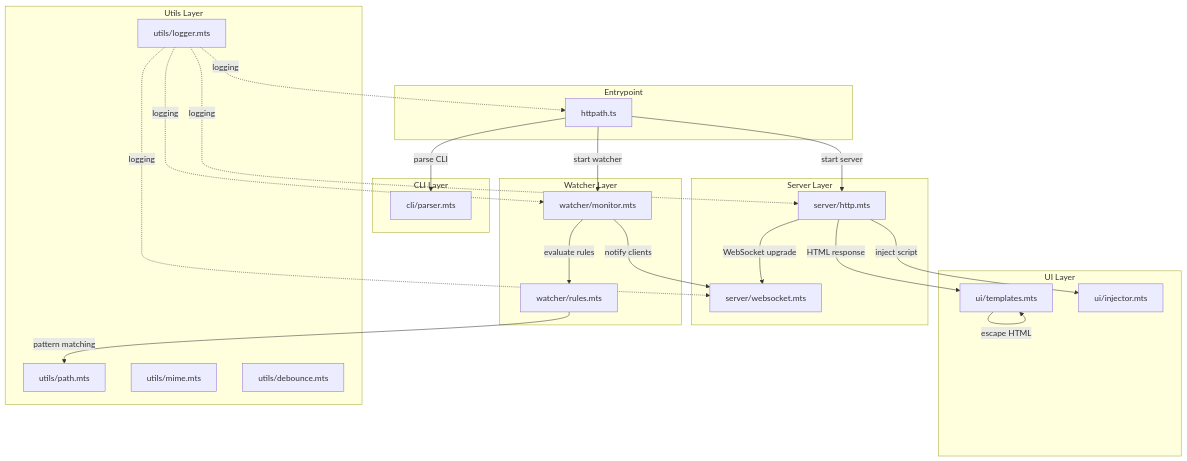
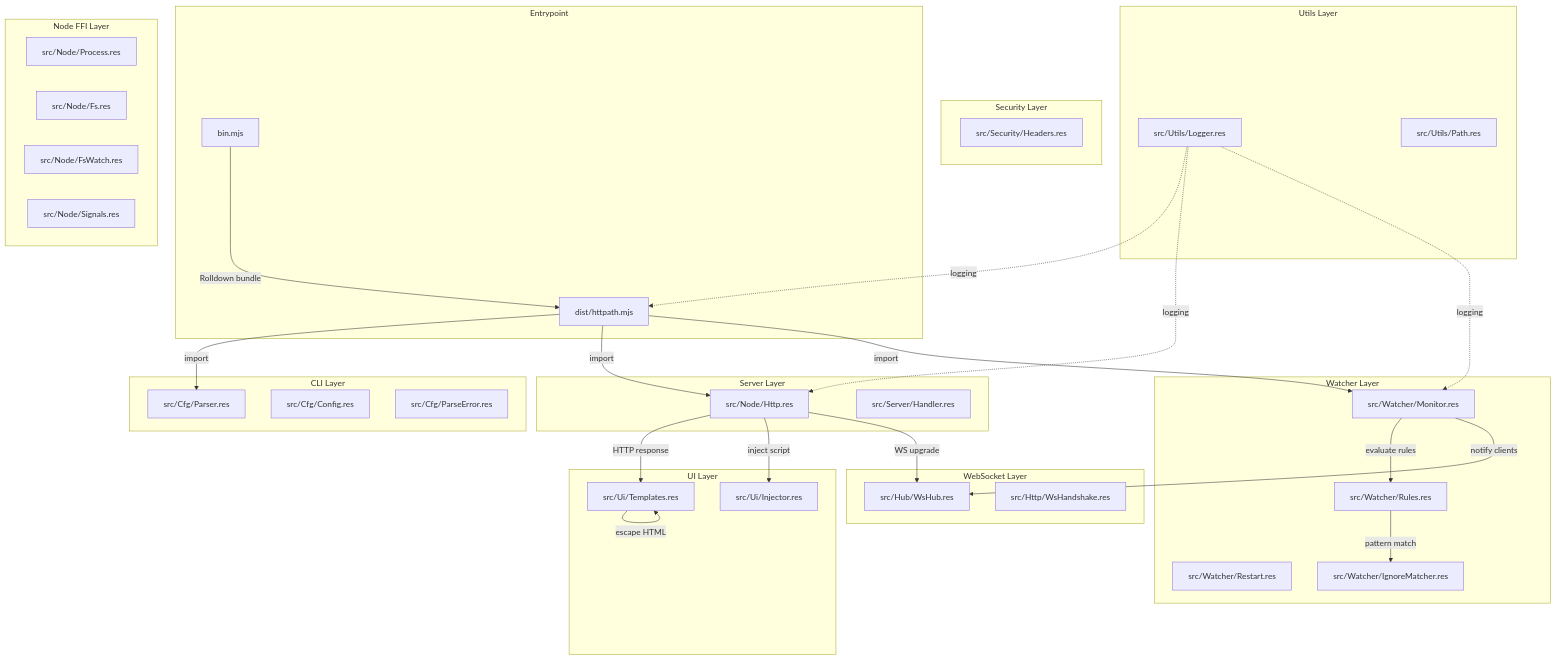
Before and after one commit to MetalbolicX/httpath: the first of 7 diagrams in docs/architecture.md, drawn with Mermaid. The commit also changed other lines of this file and 9 other files, not shown here.

First line of the commit message:
feat(build): add Rolldown bundle for Node/npx distribution

````diff
--- a/docs/architecture.md
+++ b/docs/architecture.md
@@ -16,47 +16,64 @@
 ```mermaid
 graph TB
     subgraph "Entrypoint"
-        A[httpath.ts]
+        A[bin.mjs] -->|Rolldown bundle| B[dist/httpath.mjs]
     end
 
     subgraph "CLI Layer"
-        B[cli/parser.mts]
+        C[src/Cfg/Parser.res]
+        D[src/Cfg/Config.res]
+        E[src/Cfg/ParseError.res]
     end
 
     subgraph "Server Layer"
-        C[server/http.mts]
-        D[server/websocket.mts]
+        F[src/Node/Http.res]
+        G[src/Server/Handler.res]
+    end
+
+    subgraph "WebSocket Layer"
+        H[src/Hub/WsHub.res]
+        I[src/Http/WsHandshake.res]
     end
 
     subgraph "Watcher Layer"
-        E[watcher/monitor.mts]
-        F[watcher/rules.mts]
+        J[src/Watcher/Monitor.res]
+        K[src/Watcher/Rules.res]
+        L[src/Watcher/Restart.res]
+        M[src/Watcher/IgnoreMatcher.res]
     end
 
     subgraph "UI Layer"
-        G[ui/templates.mts]
-        H[ui/injector.mts]
+        N[src/Ui/Templates.res]
+        O[src/Ui/Injector.res]
+    end
+
+    subgraph "Security Layer"
+        P[src/Security/Headers.res]
     end
 
     subgraph "Utils Layer"
-        I[utils/logger.mts]
-        J[utils/path.mts]
-        K[utils/mime.mts]
-        L[utils/debounce.mts]
+        Q[src/Utils/Logger.res]
+        R[src/Utils/Path.res]
     end
 
-    A -->|parse CLI| B
-    A -->|start server| C
-    A -->|start watcher| E
-    C -->|HTML response| G
-    C -->|inject script| H
-    C -->|WebSocket upgrade| D
-    E -->|evaluate rules| F
-    E -->|notify clients| D
-    F -->|pattern matching| J
-    G -->|escape HTML| G
-    I -.->|logging| A
-    I -.->|logging| C
-    I -.->|logging| E
-    I -.->|logging| D
+    subgraph "Node FFI Layer"
+        S[src/Node/Process.res]
+        T[src/Node/Fs.res]
+        U[src/Node/FsWatch.res]
+        V[src/Node/Signals.res]
+    end
+
+    B -->|import| C
+    B -->|import| F
+    B -->|import| J
+    F -->|HTTP response| N
+    F -->|inject script| O
+    F -->|WS upgrade| H
+    J -->|evaluate rules| K
+    J -->|notify clients| H
+    K -->|pattern match| M
+    N -->|escape HTML| N
+    Q -.->|logging| B
+    Q -.->|logging| F
+    Q -.->|logging| J
 ```
````
